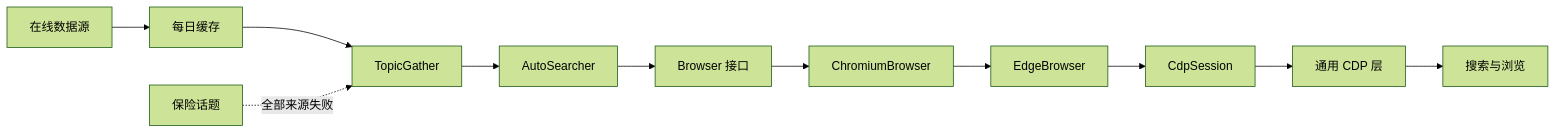
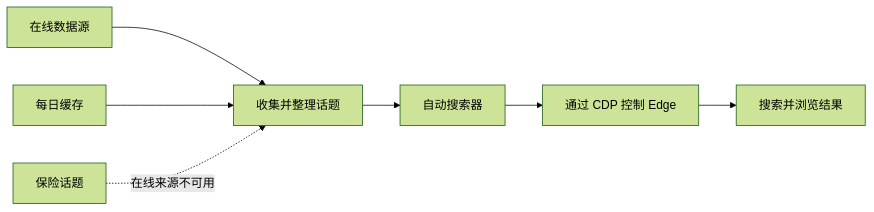
One commit to Ammmob/AutoSearcher changed the diagram in README.zh-CN.md. Above: the diagram before and after it, drawn with Mermaid (forest theme). The commit also changed other lines of this file and 1 other file, not shown here.

Commit message:
docs: streamline project overview and roadmap

````diff
--- a/README.zh-CN.md
+++ b/README.zh-CN.md
@@ -46,13 +43,9 @@
 ```mermaid
 flowchart LR
-    Sources[在线数据源] --> Cache[每日缓存]
-    Cache --> Gather[TopicGather]
-    Fallback[保险话题] -. 全部来源失败 .-> Gather
-    Gather --> Runner[AutoSearcher]
-    Runner --> Browser[Browser 接口]
-    Browser --> Chromium[ChromiumBrowser]
-    Chromium --> Edge[EdgeBrowser]
-    Edge --> Session[CdpSession]
-    Session --> CDP[通用 CDP 层]
-    CDP --> Search[搜索与浏览]
+    Sources[在线数据源] --> Gather[收集并整理话题]
+    Cache[每日缓存] --> Gather
+    Fallback[保险话题] -. 在线来源不可用 .-> Gather
+    Gather --> Searcher[自动搜索器]
+    Searcher --> Edge[通过 CDP 控制 Edge]
+    Edge --> Search[搜索并浏览结果]
 ```
````
